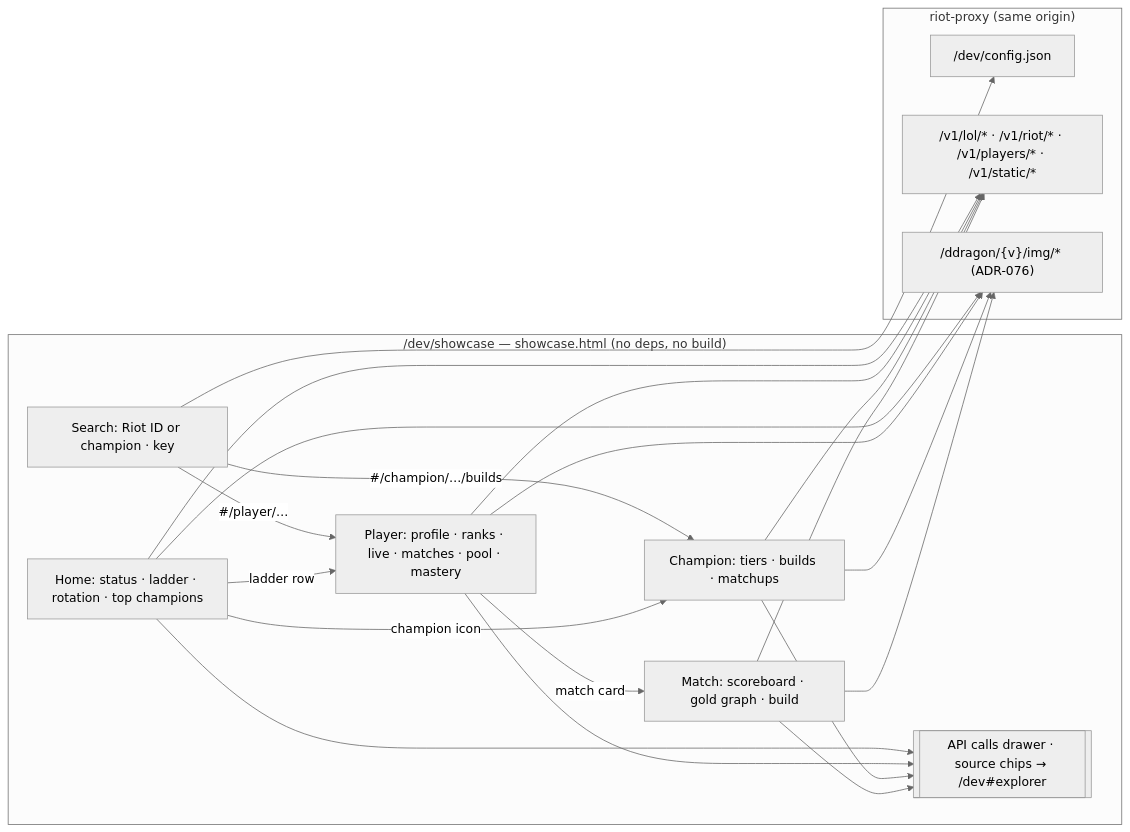
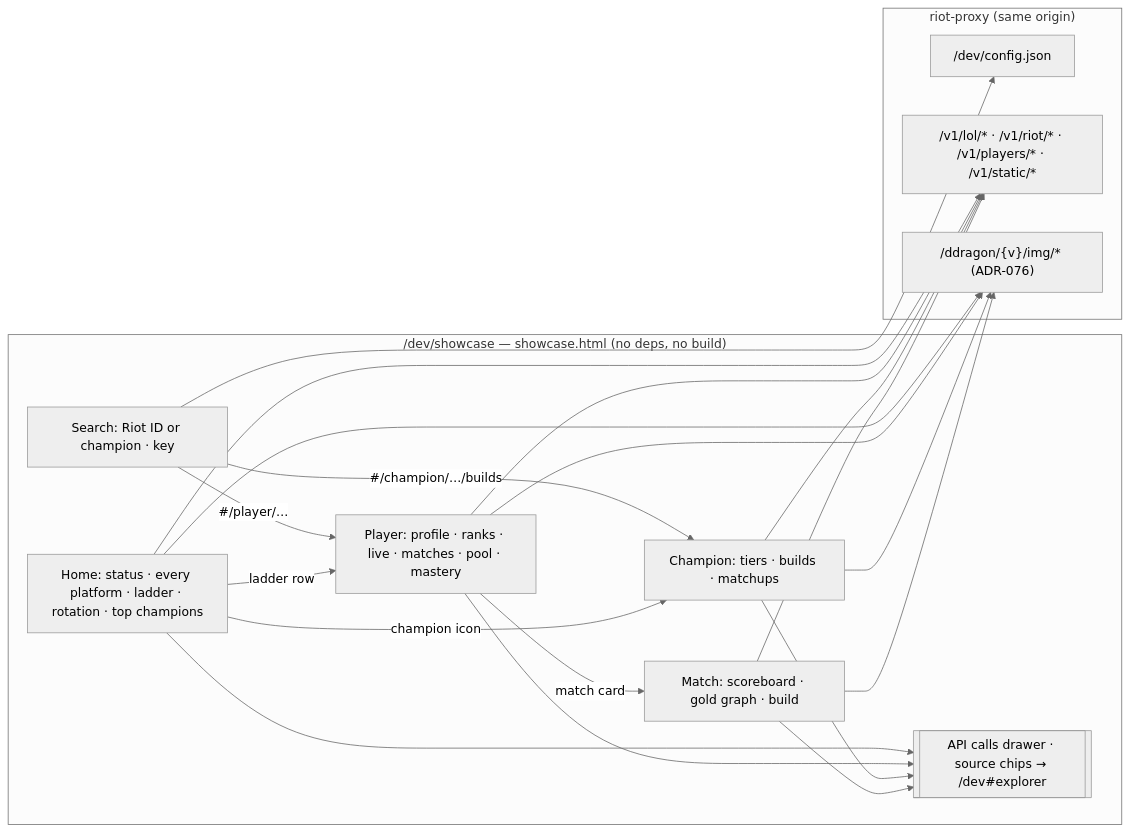
One commit to NinjaGoldfinch/riot-proxy changed the diagram in docs/design/11-showcase.md. Above: the diagram before and after it, drawn with Mermaid (neutral theme). The commit also changed other lines of this file and 31 other files, not shown here.

First line of the commit message:
feat(status): every polled platform's status in one call (GET /v1/lol/status)

````diff
--- a/docs/design/11-showcase.md
+++ b/docs/design/11-showcase.md
@@ -59,25 +60,25 @@
 ```mermaid
 flowchart LR
   subgraph Page["/dev/showcase — showcase.html (no deps, no build)"]
     S[Search: Riot ID or champion · key]
-    H[Home: status · ladder · rotation · top champions]
+    H[Home: status · every platform · ladder · rotation · top champions]
     P[Player: profile · ranks · live · matches · pool · mastery]
     C[Champion: tiers · builds · matchups]
     M[Match: scoreboard · gold graph · build]
     D[[API calls drawer · source chips → /dev#explorer]]
     H & P & C & M --> D
   end
   subgraph Proxy["riot-proxy (same origin)"]
     CFG["/dev/config.json"]
     R["/v1/lol/* · /v1/riot/* · /v1/players/* · /v1/static/*"]
     DD["/ddragon/{v}/img/* (ADR-076)"]
   end
   S --> CFG
   H & P & C & M --> R
   H & P & C & M --> DD
   S -- "#/player/…" --> P
   S -- "#/champion/…/builds" --> C
   H -- "ladder row" --> P
   H -- "champion icon" --> C
   P -- "match card" --> M
 ```
````
